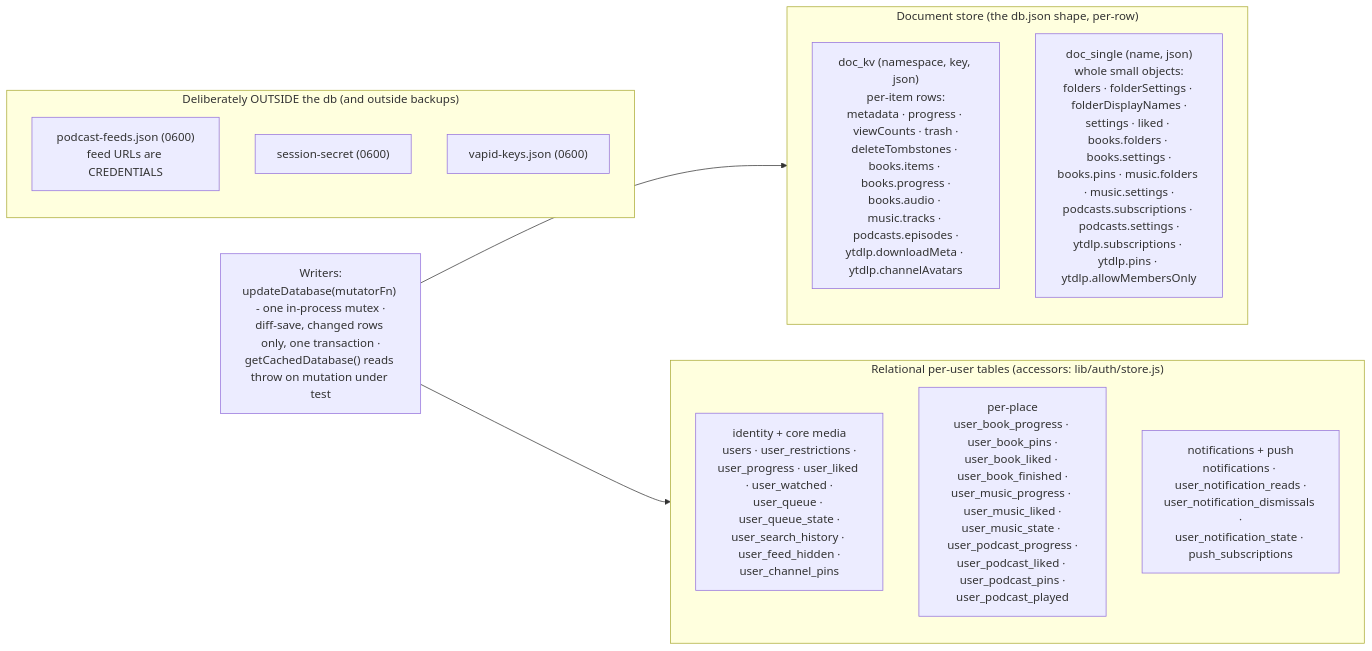
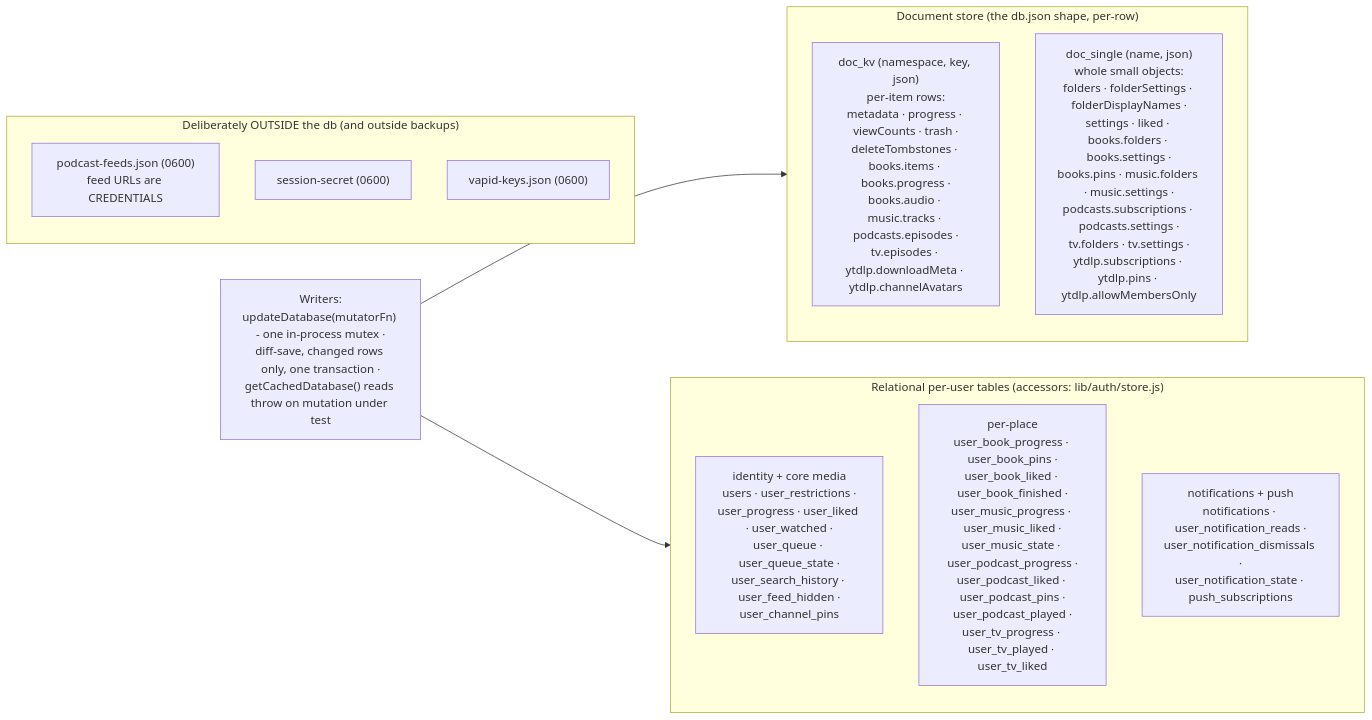
One commit to dtammam/filetube changed the second of 6 diagrams in docs/DIAGRAMS.md. Above: the diagram before and after it, drawn with Mermaid. The commit also changed other lines of this file and 5 other files, not shown here.

````diff
--- a/docs/DIAGRAMS.md
+++ b/docs/DIAGRAMS.md
@@ -97,24 +97,24 @@
 ```mermaid
 flowchart LR
     subgraph DOC["Document store (the db.json shape, per-row)"]
-        KV["doc_kv (namespace, key, json)<br/>per-item rows:<br/>metadata · progress · viewCounts · trash ·<br/>deleteTombstones · books.items · books.progress ·<br/>books.audio · music.tracks · podcasts.episodes ·<br/>ytdlp.downloadMeta · ytdlp.channelAvatars"]
-        SINGLE["doc_single (name, json)<br/>whole small objects:<br/>folders · folderSettings · folderDisplayNames ·<br/>settings · liked · books.folders · books.settings ·<br/>books.pins · music.folders · music.settings ·<br/>podcasts.subscriptions · podcasts.settings ·<br/>ytdlp.subscriptions · ytdlp.pins · ytdlp.allowMembersOnly"]
+        KV["doc_kv (namespace, key, json)<br/>per-item rows:<br/>metadata · progress · viewCounts · trash ·<br/>deleteTombstones · books.items · books.progress ·<br/>books.audio · music.tracks · podcasts.episodes ·<br/>tv.episodes · ytdlp.downloadMeta · ytdlp.channelAvatars"]
+        SINGLE["doc_single (name, json)<br/>whole small objects:<br/>folders · folderSettings · folderDisplayNames ·<br/>settings · liked · books.folders · books.settings ·<br/>books.pins · music.folders · music.settings ·<br/>podcasts.subscriptions · podcasts.settings ·<br/>tv.folders · tv.settings ·<br/>ytdlp.subscriptions · ytdlp.pins · ytdlp.allowMembersOnly"]
     end
 
     subgraph REL["Relational per-user tables (accessors: lib/auth/store.js)"]
         CORE["identity + core media<br/>users · user_restrictions ·<br/>user_progress · user_liked · user_watched ·<br/>user_queue · user_queue_state ·<br/>user_search_history · user_feed_hidden ·<br/>user_channel_pins"]
-        PLACEST["per-place<br/>user_book_progress · user_book_pins ·<br/>user_book_liked · user_book_finished ·<br/>user_music_progress · user_music_liked ·<br/>user_music_state · user_podcast_progress ·<br/>user_podcast_liked · user_podcast_pins ·<br/>user_podcast_played"]
+        PLACEST["per-place<br/>user_book_progress · user_book_pins ·<br/>user_book_liked · user_book_finished ·<br/>user_music_progress · user_music_liked ·<br/>user_music_state · user_podcast_progress ·<br/>user_podcast_liked · user_podcast_pins ·<br/>user_podcast_played ·<br/>user_tv_progress · user_tv_played · user_tv_liked"]
         NOTIF["notifications + push<br/>notifications · user_notification_reads ·<br/>user_notification_dismissals ·<br/>user_notification_state · push_subscriptions"]
     end
 
     subgraph OUT["Deliberately OUTSIDE the db (and outside backups)"]
         FEEDS["podcast-feeds.json (0600)<br/>feed URLs are CREDENTIALS"]
         SS["session-secret (0600)"]
         VAPID["vapid-keys.json (0600)"]
     end
 
     WRITERS["Writers:<br/>updateDatabase(mutatorFn) - one in-process mutex ·<br/>diff-save, changed rows only, one transaction ·<br/>getCachedDatabase() reads throw on mutation under test"]
 
     WRITERS --> DOC
     WRITERS --> REL
 ```
````
